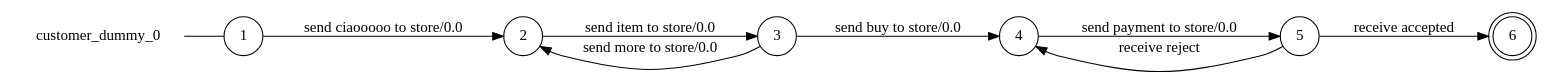
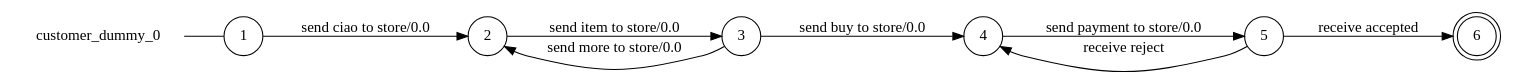
Before and after one commit to gabrielegenovese/chorer: the diagram in examples/customer/customer_dummy_0_local_view.dot, drawn with Graphviz. The commit also changed 9 other files, not shown here.

```diff
--- a/examples/customer/customer_dummy_0_local_view.dot
+++ b/examples/customer/customer_dummy_0_local_view.dot
@@ -1,19 +1,19 @@
 digraph customer_dummy_0 {
 	rankdir="LR";
 	n_0 [label="customer_dummy_0", shape="plaintext"];
 	n_1 [id="5", shape=circle, label="2"];
 	n_2 [id="6", shape=circle, label="5"];
 	n_3 [id="1", shape=circle, label="1"];
 	n_0 -> n_3 [arrowhead=none];
 	n_4 [id="2", shape=circle, label="4"];
 	n_5 [id="8", shape=circle, label="3"];
 	n_6 [id="4", shape=doublecircle, label="6"];
 
+	n_3 -> n_1 [id="[$e|0]", label="send ciao to store/0.0"];
 	n_5 -> n_1 [id="[$e|9]", label="send more to store/0.0"];
 	n_1 -> n_5 [id="[$e|5]", label="send item to store/0.0"];
 	n_2 -> n_4 [id="[$e|3]", label="receive reject"];
 	n_4 -> n_2 [id="[$e|8]", label="send payment to store/0.0"];
-	n_3 -> n_1 [id="[$e|2]", label="send ciaooooo to store/0.0"];
+	n_2 -> n_6 [id="[$e|2]", label="receive accepted"];
 	n_5 -> n_4 [id="[$e|10]", label="send buy to store/0.0"];
-	n_2 -> n_6 [id="[$e|1]", label="receive accepted"];
 }
```
